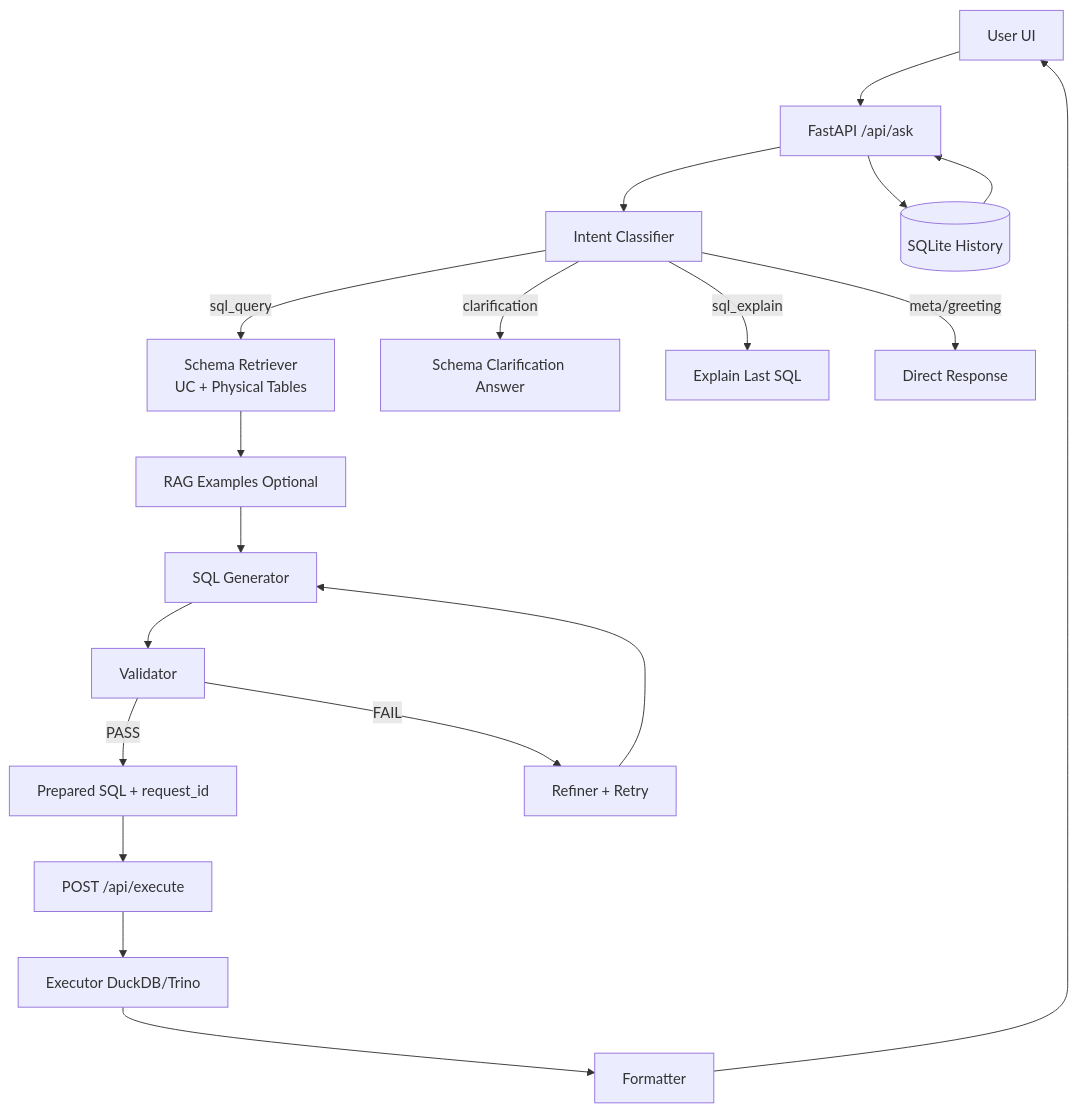
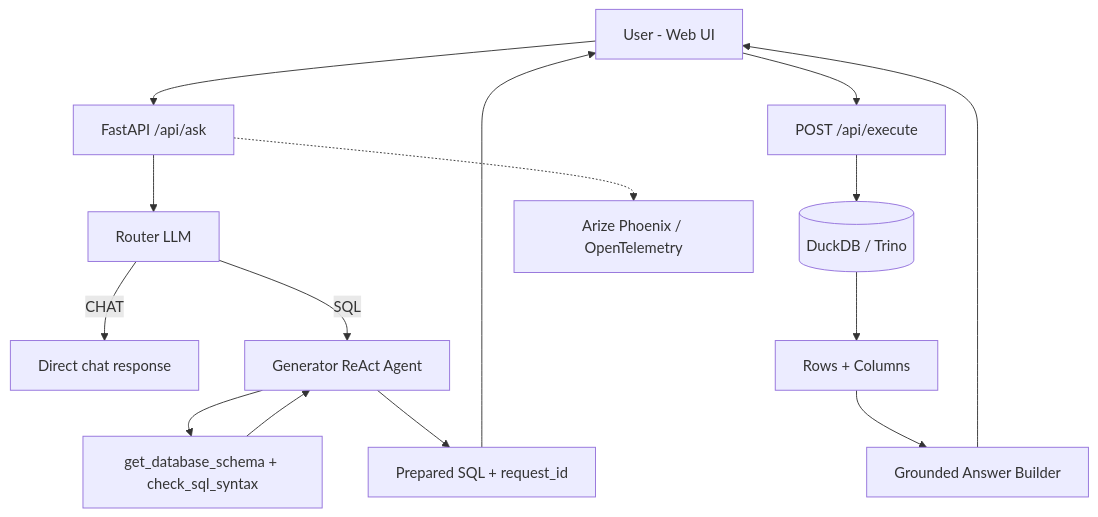
Before and after one commit to MTQV002/Kur: the diagram in README.md, drawn with Mermaid. The commit also changed other lines of this file and 55 other files, not shown here.

````diff
--- a/README.md
+++ b/README.md
@@ -14,24 +29,19 @@
 ```mermaid
 graph TD
-    U[User UI] --> API[FastAPI /api/ask]
-    API --> I[Intent Classifier]
-  I -->|sql_query| S[Schema Retriever<br/>UC + Physical Tables]
-    I -->|clarification| C[Schema Clarification Answer]
-    I -->|sql_explain| E[Explain Last SQL]
-    I -->|meta/greeting| M[Direct Response]
+        U[User - Web UI] --> API[FastAPI /api/ask]
+        API --> ROUTER[Router LLM]
+        ROUTER -->|CHAT| CHAT[Direct chat response]
+        ROUTER -->|SQL| GEN[Generator ReAct Agent]
+        GEN --> TOOLS[get_database_schema + check_sql_syntax]
+        TOOLS --> GEN
+        GEN --> PREP[Prepared SQL + request_id]
+        PREP --> U
 
-    S --> R[RAG Examples Optional]
-    R --> G[SQL Generator]
-    G --> V[Validator]
-    V -->|PASS| P[Prepared SQL + request_id]
-    V -->|FAIL| F[Refiner + Retry]
-    F --> G
+        U --> EXEC[POST /api/execute]
+        EXEC --> DB[(DuckDB / Trino)]
+        DB --> RESULT[Rows + Columns]
+        RESULT --> GROUNDED[Grounded Answer Builder]
+        GROUNDED --> U
 
-    P --> X[POST /api/execute]
-    X --> EXE[Executor DuckDB/Trino]
-    EXE --> FM[Formatter]
-    FM --> U
-
-    API --> H[(SQLite History)]
-    H --> API
+        API -.-> PHX[Arize Phoenix / OpenTelemetry]
 ```
````
